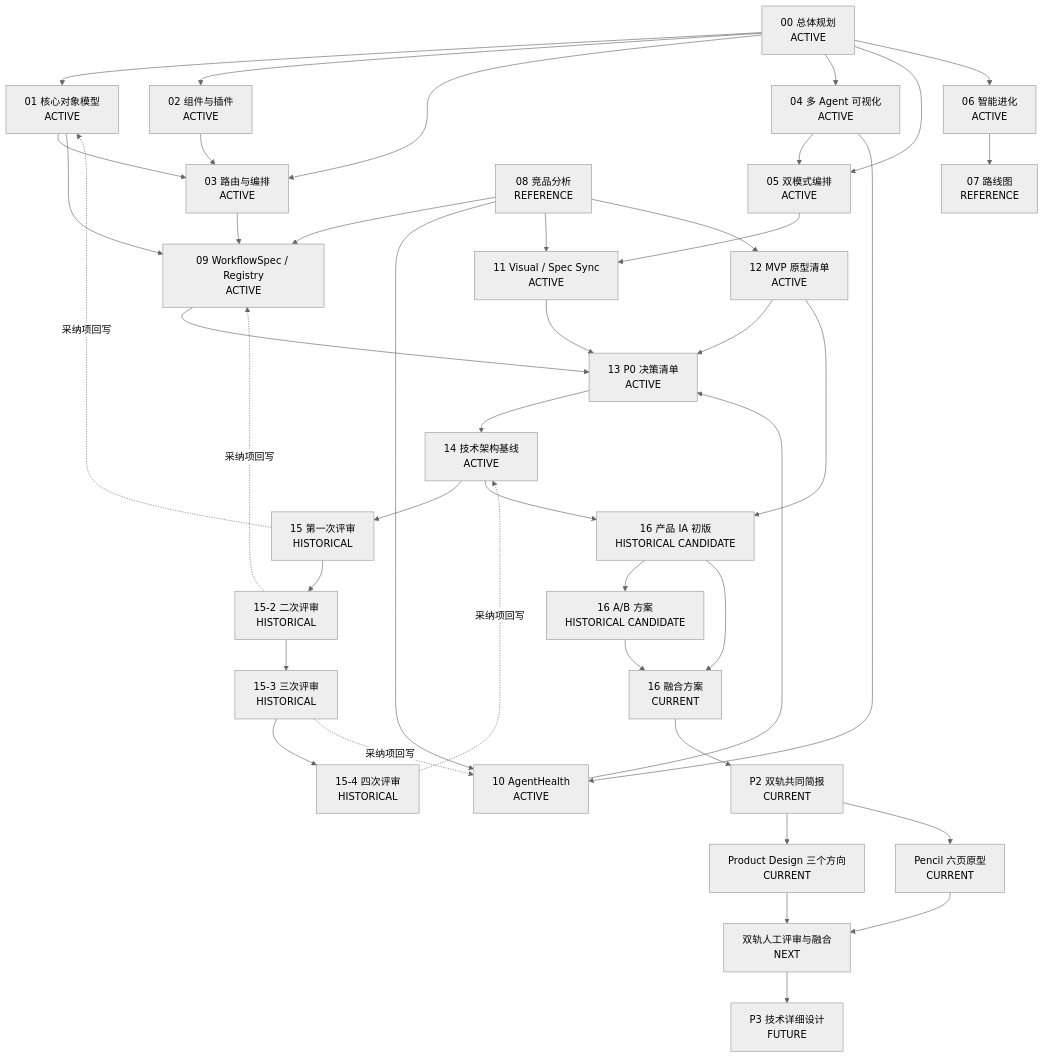
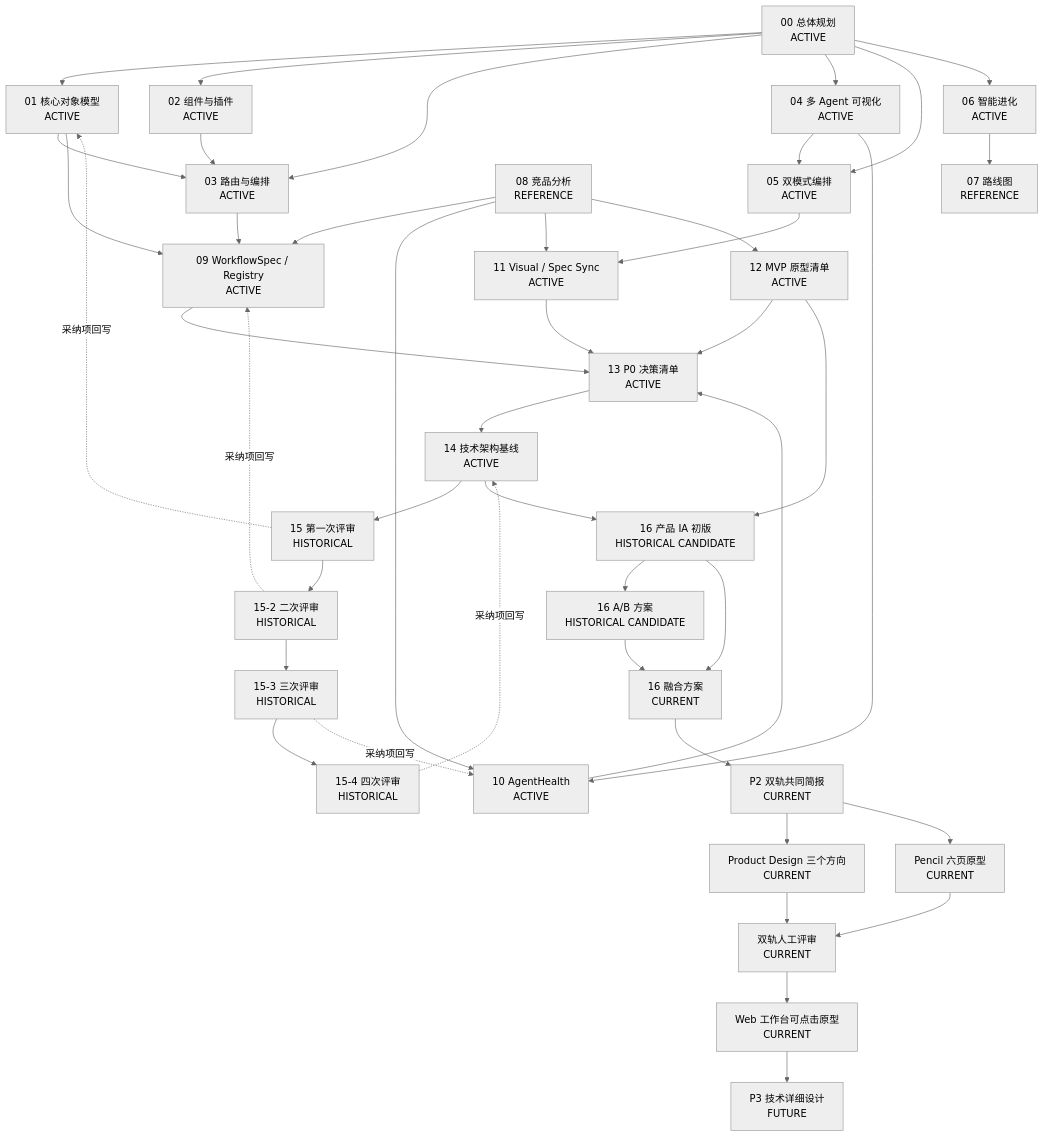
One commit to haozhangyue/miracle-agent changed the diagram in 17_文档资产关联与AI阅读导航.md. Above: the diagram before and after it, drawn with Mermaid (neutral theme). The commit also changed other lines of this file and 21 other files, not shown here.

````diff
--- a/17_文档资产关联与AI阅读导航.md
+++ b/17_文档资产关联与AI阅读导航.md
@@ -78,63 +78,64 @@
 ```mermaid
 flowchart TD
   P00["00 总体规划<br/>ACTIVE"]
   P01["01 核心对象模型<br/>ACTIVE"]
   P02["02 组件与插件<br/>ACTIVE"]
   P03["03 路由与编排<br/>ACTIVE"]
   P04["04 多 Agent 可视化<br/>ACTIVE"]
   P05["05 双模式编排<br/>ACTIVE"]
   P06["06 智能进化<br/>ACTIVE"]
   P07["07 路线图<br/>REFERENCE"]
 
   P00 --> P01
   P00 --> P02
   P00 --> P03
   P00 --> P04
   P00 --> P05
   P00 --> P06
   P01 --> P03
   P02 --> P03
   P04 --> P05
   P06 --> P07
 
   P08["08 竞品分析<br/>REFERENCE"]
   P08 --> P09["09 WorkflowSpec / Registry<br/>ACTIVE"]
   P08 --> P10["10 AgentHealth<br/>ACTIVE"]
   P08 --> P11["11 Visual / Spec Sync<br/>ACTIVE"]
   P08 --> P12["12 MVP 原型清单<br/>ACTIVE"]
 
   P01 --> P09
   P03 --> P09
   P04 --> P10
   P05 --> P11
 
   P09 --> P13["13 P0 决策清单<br/>ACTIVE"]
   P10 --> P13
   P11 --> P13
   P12 --> P13
 
   P13 --> P14["14 技术架构基线<br/>ACTIVE"]
 
   P14 --> R1["15 第一次评审<br/>HISTORICAL"]
   R1 --> R2["15-2 二次评审<br/>HISTORICAL"]
   R2 --> R3["15-3 三次评审<br/>HISTORICAL"]
   R3 --> R4["15-4 四次评审<br/>HISTORICAL"]
 
   R1 -.采纳项回写.-> P01
   R2 -.采纳项回写.-> P09
   R3 -.采纳项回写.-> P10
   R4 -.采纳项回写.-> P14
 
   P14 --> IA1["16 产品 IA 初版<br/>HISTORICAL CANDIDATE"]
   P12 --> IA1
   IA1 --> IAB["16 A/B 方案<br/>HISTORICAL CANDIDATE"]
   IA1 --> IAF["16 融合方案<br/>CURRENT"]
   IAB --> IAF
 
   IAF --> Brief["P2 双轨共同简报<br/>CURRENT"]
   Brief --> PD["Product Design 三个方向<br/>CURRENT"]
   Brief --> Pencil["Pencil 六页原型<br/>CURRENT"]
-  PD --> Review["双轨人工评审与融合<br/>NEXT"]
+  PD --> Review["双轨人工评审<br/>CURRENT"]
   Pencil --> Review
-  Review --> P3["P3 技术详细设计<br/>FUTURE"]
+  Review --> Fusion["Web 工作台可点击原型<br/>CURRENT"]
+  Fusion --> P3["P3 技术详细设计<br/>FUTURE"]
 ```
````
